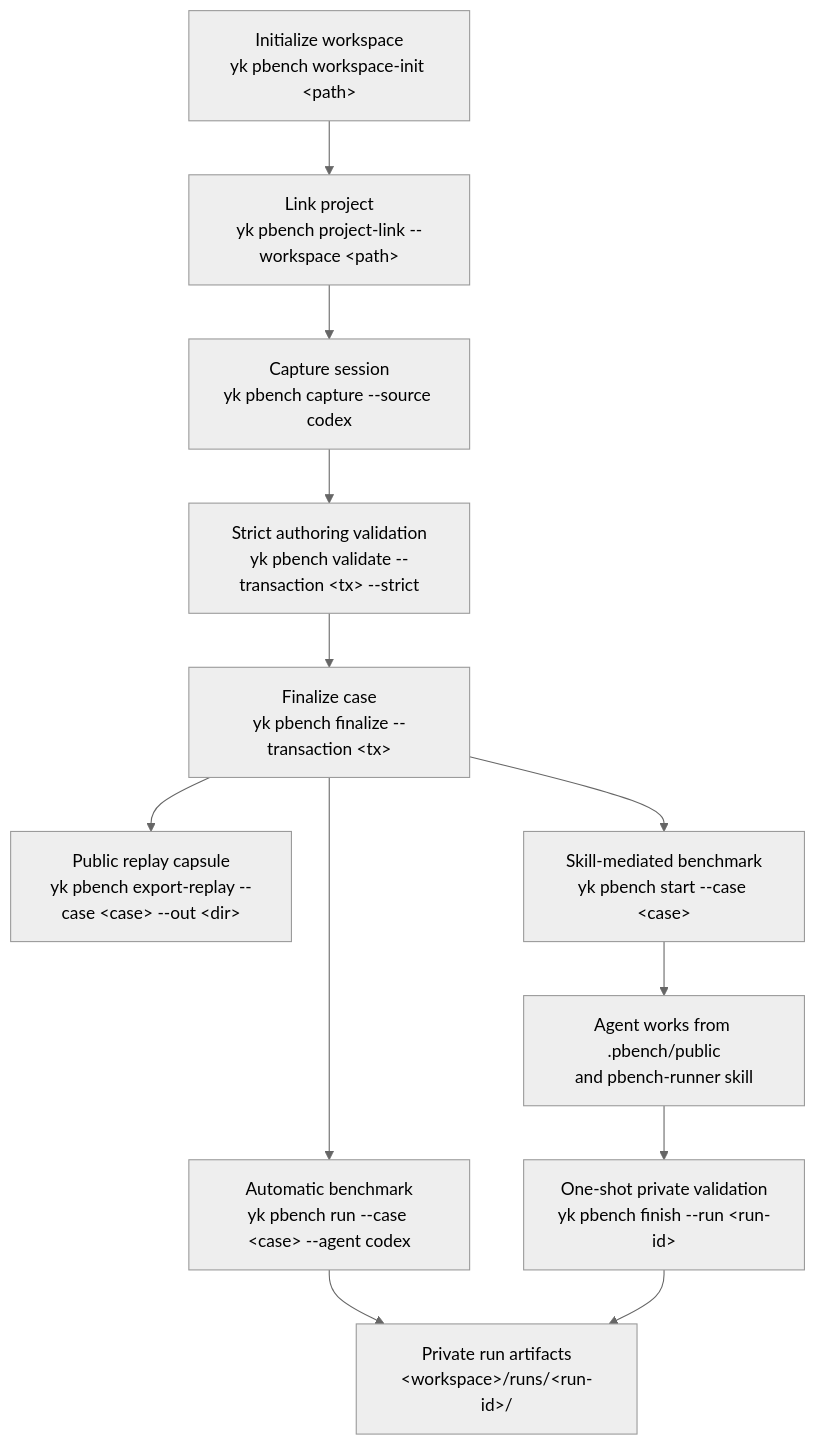
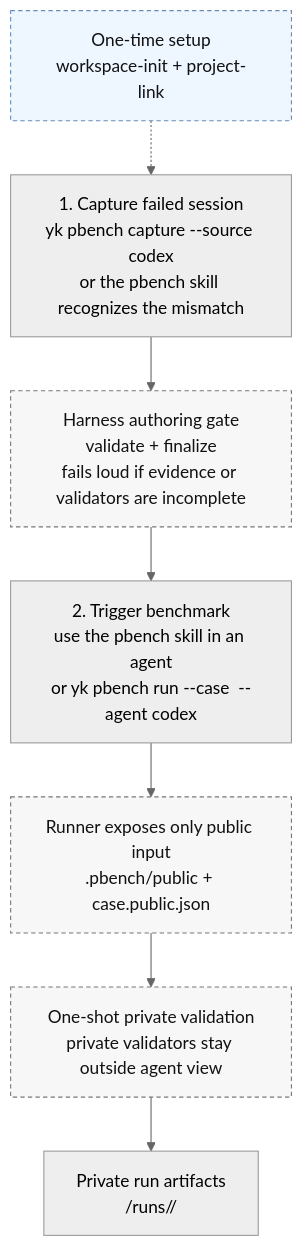
Before and after one commit to Yaphet2015/ya-skills: the diagram in README.md, drawn with Mermaid (neutral theme). The commit also changed other lines of this file and 4 other files, not shown here.

````diff
--- a/README.md
+++ b/README.md
@@ -47,19 +49,16 @@
 ```mermaid
 flowchart TD
-  init["Initialize workspace<br/>yk pbench workspace-init &lt;path&gt;"]
-  link["Link project<br/>yk pbench project-link --workspace &lt;path&gt;"]
-  capture["Capture session<br/>yk pbench capture --source codex"]
-  validate["Strict authoring validation<br/>yk pbench validate --transaction &lt;tx&gt; --strict"]
-  finalize["Finalize case<br/>yk pbench finalize --transaction &lt;tx&gt;"]
-  export["Public replay capsule<br/>yk pbench export-replay --case &lt;case&gt; --out &lt;dir&gt;"]
-  autorun["Automatic benchmark<br/>yk pbench run --case &lt;case&gt; --agent codex"]
-  start["Skill-mediated benchmark<br/>yk pbench start --case &lt;case&gt;"]
-  agent["Agent works from .pbench/public<br/>and pbench-runner skill"]
-  finish["One-shot private validation<br/>yk pbench finish --run &lt;run-id&gt;"]
-  results["Private run artifacts<br/>&lt;workspace&gt;/runs/&lt;run-id&gt;/"]
+  setup["One-time setup<br/>workspace-init + project-link"]:::support
+  capture["1. Capture failed session<br/>yk pbench capture --source codex<br/>or the pbench skill recognizes the mismatch"]
+  authoring["Harness authoring gate<br/>validate + finalize<br/>fails loud if evidence or validators are incomplete"]:::internal
+  trigger["2. Trigger benchmark<br/>use the pbench skill in an agent<br/>or yk pbench run --case <case> --agent codex"]
+  capsule["Runner exposes only public input<br/>.pbench/public + case.public.json"]:::internal
+  validate["One-shot private validation<br/>private validators stay outside agent view"]:::internal
+  results["Private run artifacts<br/><workspace>/runs/<run-id>/"]
 
-  init --> link --> capture --> validate --> finalize
-  finalize --> export
-  finalize --> autorun --> results
-  finalize --> start --> agent --> finish --> results
+  setup -.-> capture
+  capture --> authoring --> trigger --> capsule --> validate --> results
+
+  classDef support fill:#eef6ff,stroke:#6b8bb8,color:#111,stroke-dasharray: 4 3
+  classDef internal fill:#f7f7f7,stroke:#777,color:#111,stroke-dasharray: 4 3
 ```
````
